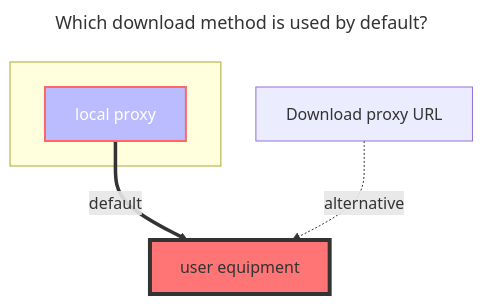
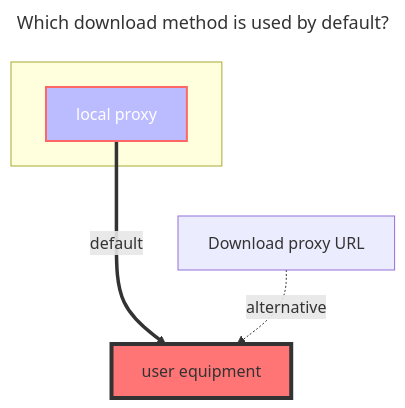
One commit to alist-org/docs changed the diagram in docs/guide/drivers/115.md. Above: the diagram before and after it, drawn with Mermaid. The commit also changed 39 other files, not shown here.

````diff
--- a/docs/guide/drivers/115.md
+++ b/docs/guide/drivers/115.md
@@ -113,16 +113,16 @@
 ```mermaid
 ---
 title: Which download method is used by default?
 ---
 flowchart TB
     style c1 fill:#bbf,stroke:#f66,stroke-width:2px,color:#fff
     style a2 fill:#ff7575,stroke:#333,stroke-width:4px
     subgraph ide1 [ ]
     c1
     end
-    c1[local proxy]:::someclass==default==>a2[user equipment]
+    c1[local proxy]:::someclass==default===>a2[user equipment]
     classDef someclass fill:#f96
     b1[Download proxy URL]-.alternative.->a2[user equipment]
     click b1 "../drivers/common.html#webdav-policy"
     click c1 "../drivers/common.html#webdav-policy"
 ```
````
